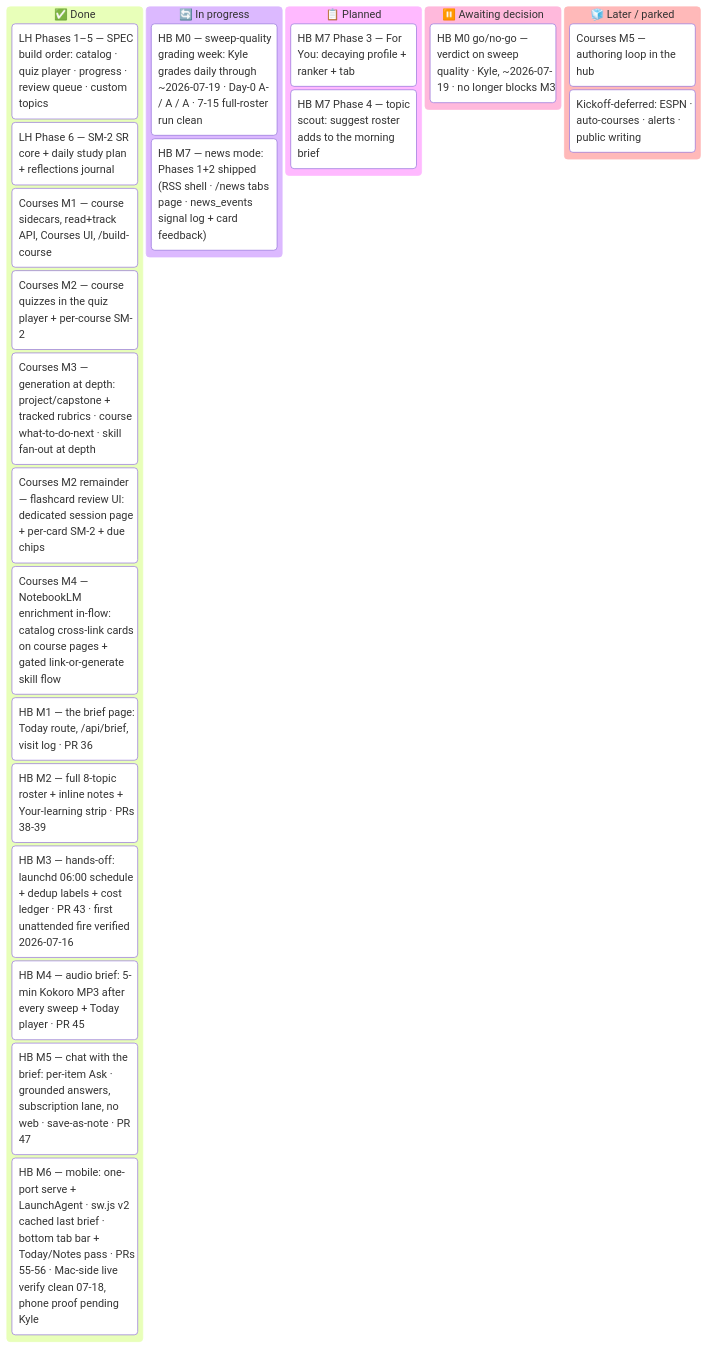
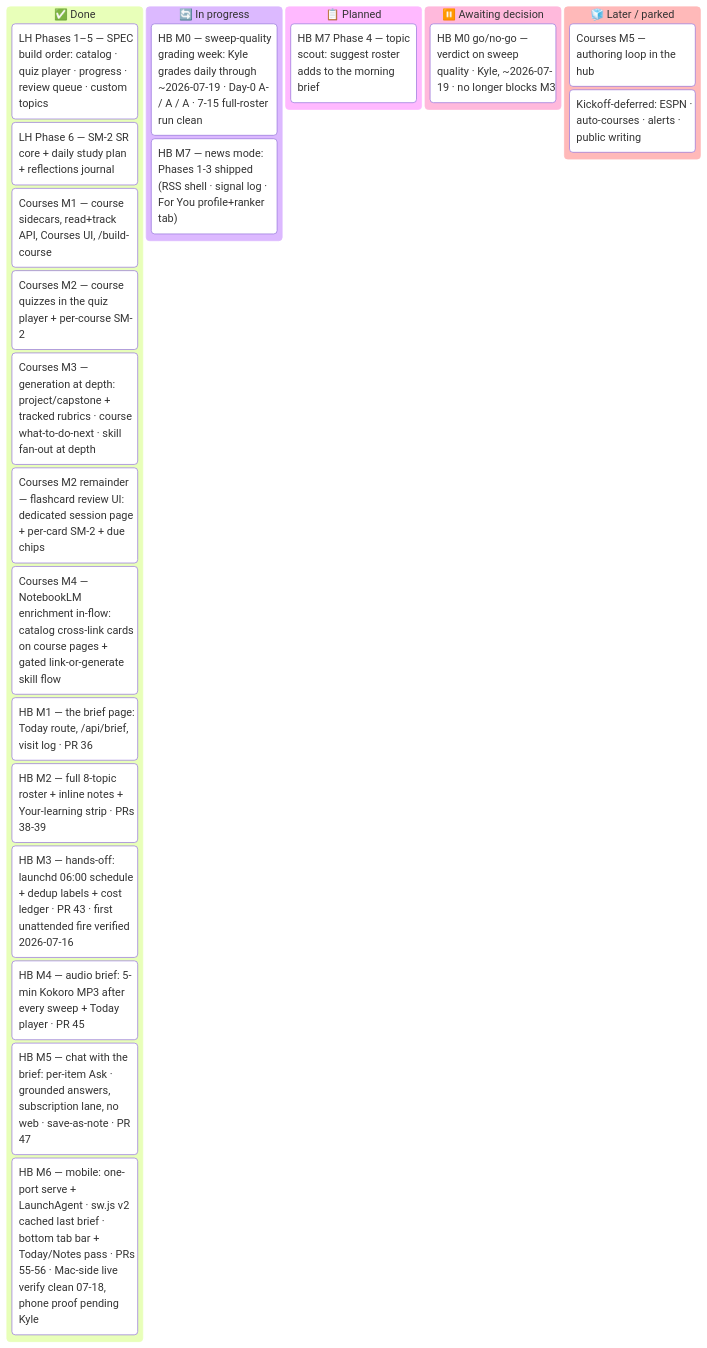
Before and after one commit to ksdisch/home-base: the diagram in docs/MASTER_PLAN.md, drawn with Mermaid. The commit also changed other lines of this file and 9 other files, not shown here.

First line of the commit message:
feat: M7 Phase 3 — For You (decaying interest profile + ranked tab + search-feed reach)

````diff
--- a/docs/MASTER_PLAN.md
+++ b/docs/MASTER_PLAN.md
@@ -39,28 +39,27 @@
 ```mermaid
 kanban
   done["✅ Done"]
     lh15["LH Phases 1–5 — SPEC build order: catalog · quiz player · progress · review queue · custom topics"]
     lh6["LH Phase 6 — SM-2 SR core + daily study plan + reflections journal"]
     lh7["Courses M1 — course sidecars, read+track API, Courses UI, /build-course"]
     lh7m2["Courses M2 — course quizzes in the quiz player + per-course SM-2"]
     lh7m3["Courses M3 — generation at depth: project/capstone + tracked rubrics · course what-to-do-next · skill fan-out at depth"]
     lh7fc["Courses M2 remainder — flashcard review UI: dedicated session page + per-card SM-2 + due chips"]
     lh7m4["Courses M4 — NotebookLM enrichment in-flow: catalog cross-link cards on course pages + gated link-or-generate skill flow"]
     hbm1["HB M1 — the brief page: Today route, /api/brief, visit log · PR 36"]
     hbm2["HB M2 — full 8-topic roster + inline notes + Your-learning strip · PRs 38-39"]
     hbm3["HB M3 — hands-off: launchd 06:00 schedule + dedup labels + cost ledger · PR 43 · first unattended fire verified 2026-07-16"]
     hbm4["HB M4 — audio brief: 5-min Kokoro MP3 after every sweep + Today player · PR 45"]
     hbm5["HB M5 — chat with the brief: per-item Ask · grounded answers, subscription lane, no web · save-as-note · PR 47"]
     hbm6["HB M6 — mobile: one-port serve + LaunchAgent · sw.js v2 cached last brief · bottom tab bar + Today/Notes pass · PRs 55-56 · Mac-side live verify clean 07-18, phone proof pending Kyle"]
   doing["🔄 In progress"]
     hbm0["HB M0 — sweep-quality grading week: Kyle grades daily through ~2026-07-19 · Day-0 A- / A / A · 7-15 full-roster run clean"]
-    hbm7["HB M7 — news mode: Phases 1+2 shipped (RSS shell · /news tabs page · news_events signal log + card feedback)"]
+    hbm7["HB M7 — news mode: Phases 1-3 shipped (RSS shell · signal log · For You profile+ranker tab)"]
   next["📋 Planned"]
-    hbm7p3["HB M7 Phase 3 — For You: decaying profile + ranker + tab"]
     hbm7p4["HB M7 Phase 4 — topic scout: suggest roster adds to the morning brief"]
   decide["⏸️ Awaiting decision"]
     hbm0verdict["HB M0 go/no-go — verdict on sweep quality · Kyle, ~2026-07-19 · no longer blocks M3"]
   later["🧊 Later / parked"]
     cm5["Courses M5 — authoring loop in the hub"]
     defer["Kickoff-deferred: ESPN · auto-courses · alerts · public writing"]
 ```
````
